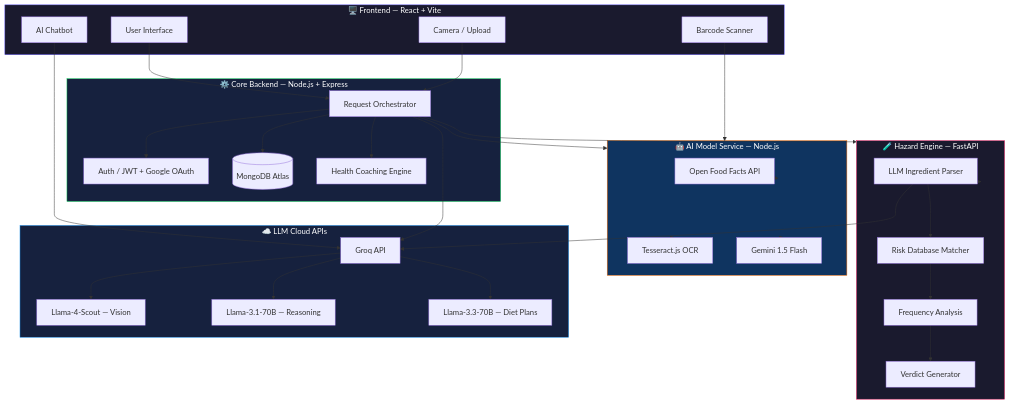
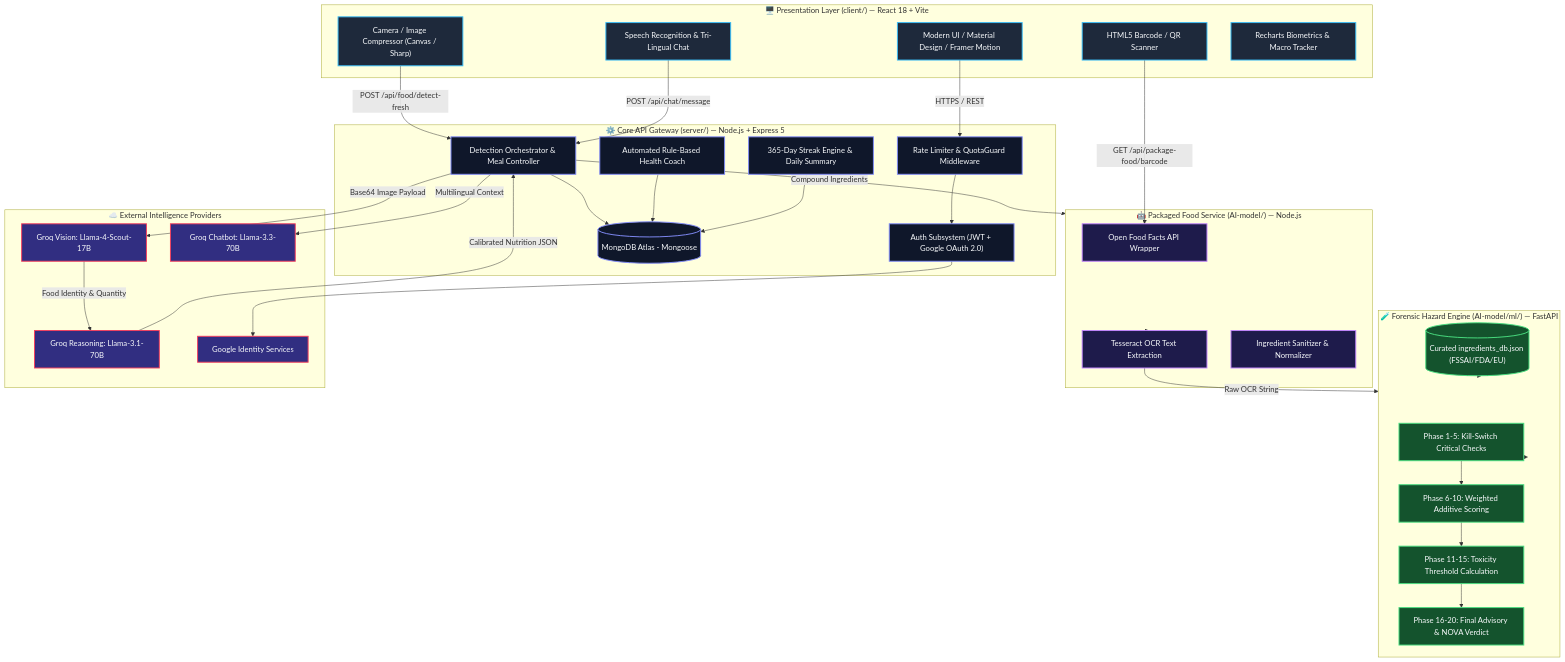
The first of 3 diagrams in README.md (akkiiop/Nutralyze), drawn with Mermaid before and after one commit. The commit also changed other lines of this file, not shown here.

Commit message:
docs: overhaul README with flagship design, module deep-dives, sequence diagrams, and benchmarks

````diff
--- a/README.md
+++ b/README.md
@@ -120,68 +159,70 @@
 ```mermaid
 graph TB
-    subgraph Client["🖥️ Frontend — React + Vite"]
-        UI[User Interface]
-        CAM[Camera / Upload]
-        BAR[Barcode Scanner]
-        CHAT[AI Chatbot]
+    %% Styling
+    classDef client fill:#1E293B,stroke:#38BDF8,stroke-width:2px,color:#F8FAFC;
+    classDef server fill:#0F172A,stroke:#818CF8,stroke-width:2px,color:#F8FAFC;
+    classDef aimodel fill:#1E1B4B,stroke:#C084FC,stroke-width:2px,color:#F8FAFC;
+    classDef python fill:#14532D,stroke:#4ADE80,stroke-width:2px,color:#F8FAFC;
+    classDef external fill:#312E81,stroke:#F43F5E,stroke-width:2px,color:#F8FAFC;
+
+    subgraph Client["🖥️ Presentation Layer (client/) — React 18 + Vite"]
+        UI["Modern UI / Material Design / Framer Motion"]:::client
+        CAM["Camera / Image Compressor (Canvas / Sharp)"]:::client
+        BAR["HTML5 Barcode / QR Scanner"]:::client
+        VOICE["Speech Recognition & Tri-Lingual Chat"]:::client
+        CHARTS["Recharts Biometrics & Macro Tracker"]:::client
     end
 
-    subgraph Server["⚙️ Core Backend — Node.js + Express"]
-        AUTH[Auth / JWT + Google OAuth]
-        ORCH[Request Orchestrator]
-        DB[(MongoDB Atlas)]
-        COACH[Health Coaching Engine]
+    subgraph Server["⚙️ Core API Gateway (server/) — Node.js + Express 5"]
+        AUTH["Auth Subsystem (JWT + Google OAuth 2.0)"]:::server
+        GATE["Rate Limiter & QuotaGuard Middleware"]:::server
+        ORCH["Detection Orchestrator & Meal Controller"]:::server
+        COACH["Automated Rule-Based Health Coach"]:::server
+        STREAK["365-Day Streak Engine & Daily Summary"]:::server
+        DB[(MongoDB Atlas - Mongoose)]:::server
     end
 
-    subgraph AI["🤖 AI Model Service — Node.js"]
-        OFF[Open Food Facts API]
-        OCR[Tesseract.js OCR]
-        GEM[Gemini 1.5 Flash]
+    subgraph AI_Node["🤖 Packaged Food Service (AI-model/) — Node.js"]
+        OFF["Open Food Facts API Wrapper"]:::aimodel
+        TESS["Tesseract OCR Text Extraction"]:::aimodel
+        NORM["Ingredient Sanitizer & Normalizer"]:::aimodel
     end
 
-    subgraph Python["🧪 Hazard Engine — FastAPI"]
-        PARSE[LLM Ingredient Parser]
-        RISK[Risk Database Matcher]
-        FREQ[Frequency Analysis]
-        VERDICT[Verdict Generator]
+    subgraph AI_Python["🧪 Forensic Hazard Engine (AI-model/ml/) — FastAPI"]
+        KILL["Phase 1-5: Kill-Switch Critical Checks"]:::python
+        WEIGHT["Phase 6-10: Weighted Additive Scoring"]:::python
+        TOX["Phase 11-15: Toxicity Threshold Calculation"]:::python
+        VERD["Phase 16-20: Final Advisory & NOVA Verdict"]:::python
+        DB_JSON[("Curated ingredients_db.json (FSSAI/FDA/EU)")]:::python
     end
 
-    subgraph LLM["☁️ LLM Cloud APIs"]
-        GROQ[Groq API]
-        LLAMA_V[Llama-4-Scout — Vision]
-        LLAMA_T[Llama-3.1-70B — Reasoning]
-        LLAMA_D[Llama-3.3-70B — Diet Plans]
+    subgraph Cloud["☁️ External Intelligence Providers"]
+        GROQ_VIS["Groq Vision: Llama-4-Scout-17B"]:::external
+        GROQ_LLM["Groq Reasoning: Llama-3.1-70B"]:::external
+        GROQ_CHAT["Groq Chatbot: Llama-3.3-70B"]:::external
+        GOOGLE_AUTH["Google Identity Services"]:::external
     end
 
-    UI --> ORCH
-    CAM --> ORCH
-    BAR --> AI
-    CHAT --> GROQ
+    %% Interactions
+    UI -->|HTTPS / REST| GATE
+    CAM -->|POST /api/food/detect-fresh| ORCH
+    BAR -->|GET /api/package-food/barcode| OFF
+    VOICE -->|POST /api/chat/message| ORCH
 
-    ORCH --> AUTH
+    GATE --> AUTH
+    AUTH --> GOOGLE_AUTH
     ORCH --> DB
-    ORCH --> GROQ
-    ORCH --> AI
-    ORCH --> Python
-    ORCH --> COACH
+    COACH --> DB
+    STREAK --> DB
 
-    AI --> OFF
-    AI --> OCR
-    AI --> GEM
+    ORCH -->|Base64 Image Payload| GROQ_VIS
+    GROQ_VIS -->|Food Identity & Quantity| GROQ_LLM
+    GROQ_LLM -->|Calibrated Nutrition JSON| ORCH
 
-    Python --> PARSE
-    PARSE --> RISK
-    RISK --> FREQ
-    FREQ --> VERDICT
-    PARSE --> GROQ
-
-    GROQ --> LLAMA_V
-    GROQ --> LLAMA_T
-    GROQ --> LLAMA_D
-
-    style Client fill:#1a1a2e,stroke:#6C63FF,color:#fff
-    style Server fill:#16213e,stroke:#00C853,color:#fff
-    style AI fill:#0f3460,stroke:#FF6F00,color:#fff
-    style Python fill:#1a1a2e,stroke:#E91E63,color:#fff
-    style LLM fill:#16213e,stroke:#2196F3,color:#fff
+    ORCH -->|Compound Ingredients| AI_Node
+    AI_Node --> TESS
+    TESS -->|Raw OCR String| AI_Python
+    AI_Python --> KILL --> WEIGHT --> TOX --> VERD
+    DB_JSON --> AI_Python
+    ORCH -->|Multilingual Context| GROQ_CHAT
 ```
````
